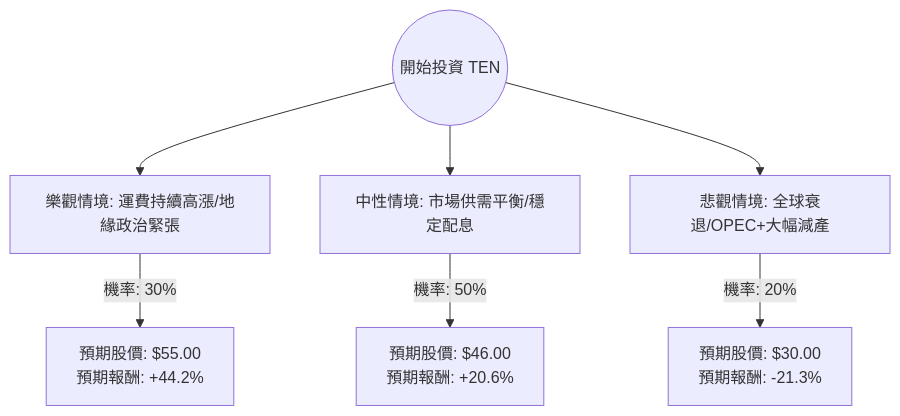
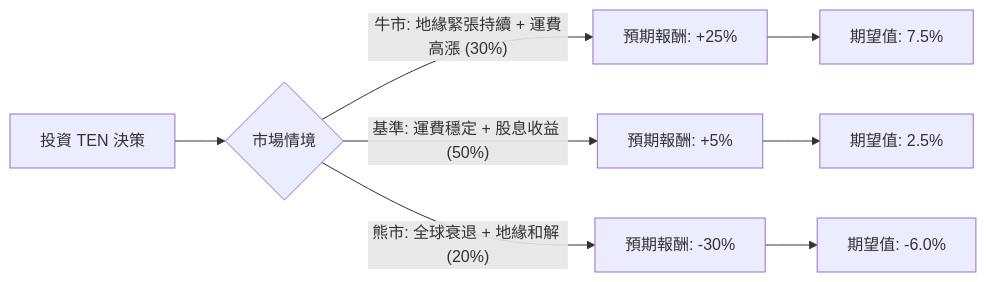
Before and after one commit to zmcx16/zmcx16.github.io: the diagram in plugin-react/ai-analysis/ev-analysis/TEN.md, drawn with Mermaid. The commit also changed other lines of this file and 77 other files, not shown here.

````diff
--- a/plugin-react/ai-analysis/ev-analysis/TEN.md
+++ b/plugin-react/ai-analysis/ev-analysis/TEN.md
@@ -25,10 +22,12 @@
 ```mermaid
-graph TD
-    Start((開始投資 TEN)) --> Bull[樂觀情境: 運費持續高漲/地緣政治緊張]
-    Start --> Base[中性情境: 市場供需平衡/穩定配息]
-    Start --> Bear[悲觀情境: 全球衰退/OPEC+大幅減產]
+graph LR
+    A[投資 TEN 決策] --> B{市場情境}
+    
+    B -- 牛市: 地緣緊張持續 + 運費高漲 (30%) --> C[預期報酬: +25%]
+    B -- 基準: 運費穩定 + 股息收益 (50%) --> D[預期報酬: +5%]
+    B -- 熊市: 全球衰退 + 地緣和解 (20%) --> E[預期報酬: -30%]
 
-    Bull -- "機率: 30%" --> BullVal["預期股價: $55.00 <br/> 預期報酬: +44.2%"]
-    Base -- "機率: 50%" --> BaseVal["預期股價: $46.00 <br/> 預期報酬: +20.6%"]
-    Bear -- "機率: 20%" --> BearVal["預期股價: $30.00 <br/> 預期報酬: -21.3%"]
+    C --> F[期望值: 7.5%]
+    D --> G[期望值: 2.5%]
+    E --> H[期望值: -6.0%]
 ```
````
